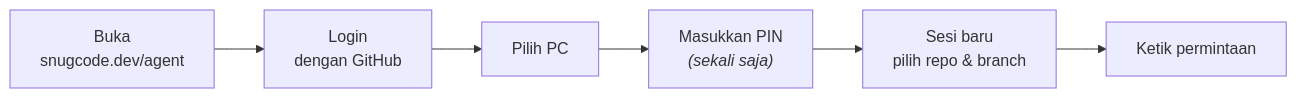
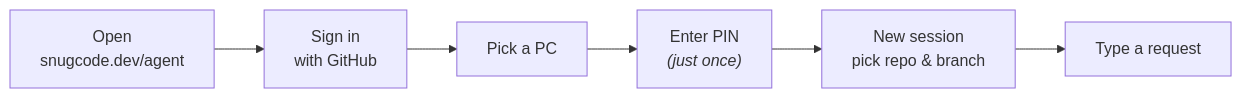
Before and after one commit to arfakaisar/snugcode: the fifth of 6 diagrams in README.md, drawn with Mermaid. The commit also changed other lines of this file and 100 other files, not shown here.

````diff
--- a/README.md
+++ b/README.md
@@ -445,8 +445,8 @@
 ```mermaid
 flowchart LR
-    A["Buka<br/>snugcode.dev/agent"] --> B["Login<br/>dengan GitHub"]
-    B --> C["Pilih PC"]
-    C --> D["Masukkan PIN<br/><i>(sekali saja)</i>"]
-    D --> E["Sesi baru<br/>pilih repo & branch"]
-    E --> F["Ketik permintaan"]
+    A["Open<br/>snugcode.dev/agent"] --> B["Sign in<br/>with GitHub"]
+    B --> C["Pick a PC"]
+    C --> D["Enter PIN<br/><i>(just once)</i>"]
+    D --> E["New session<br/>pick repo & branch"]
+    E --> F["Type a request"]
 ```
````
